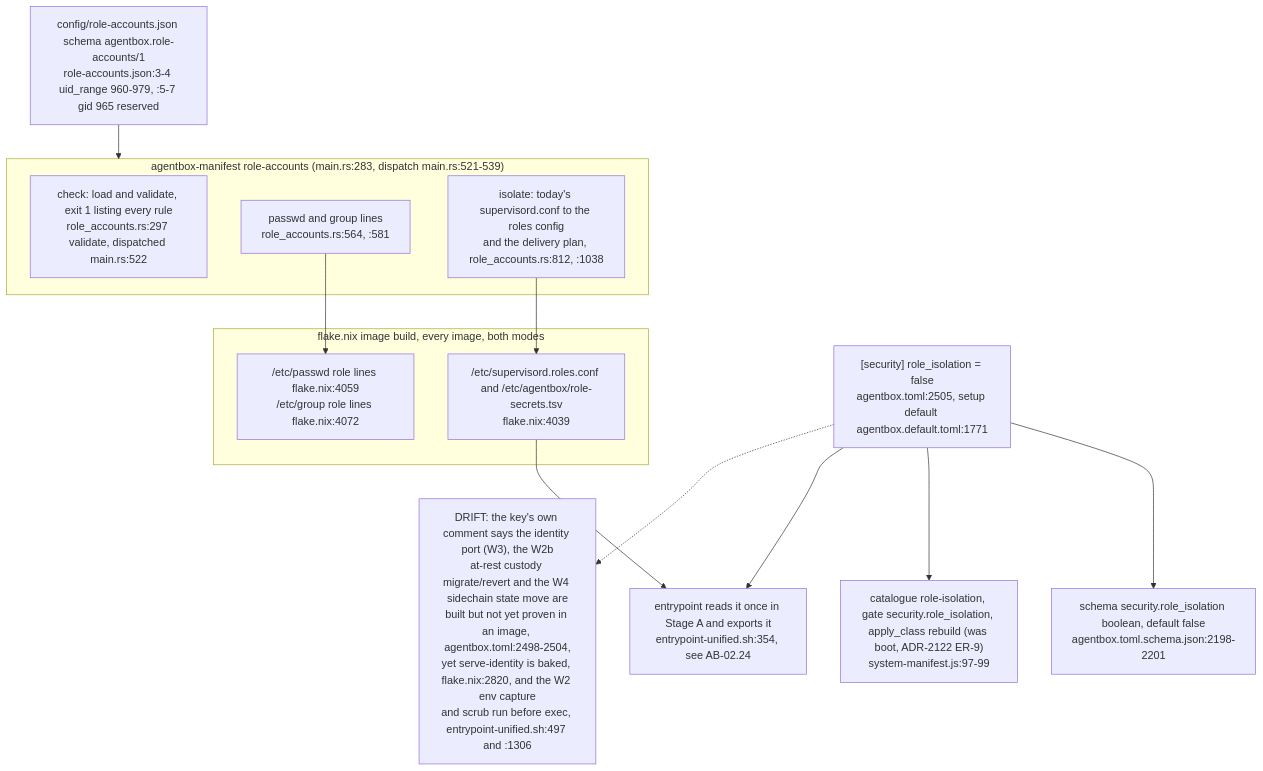
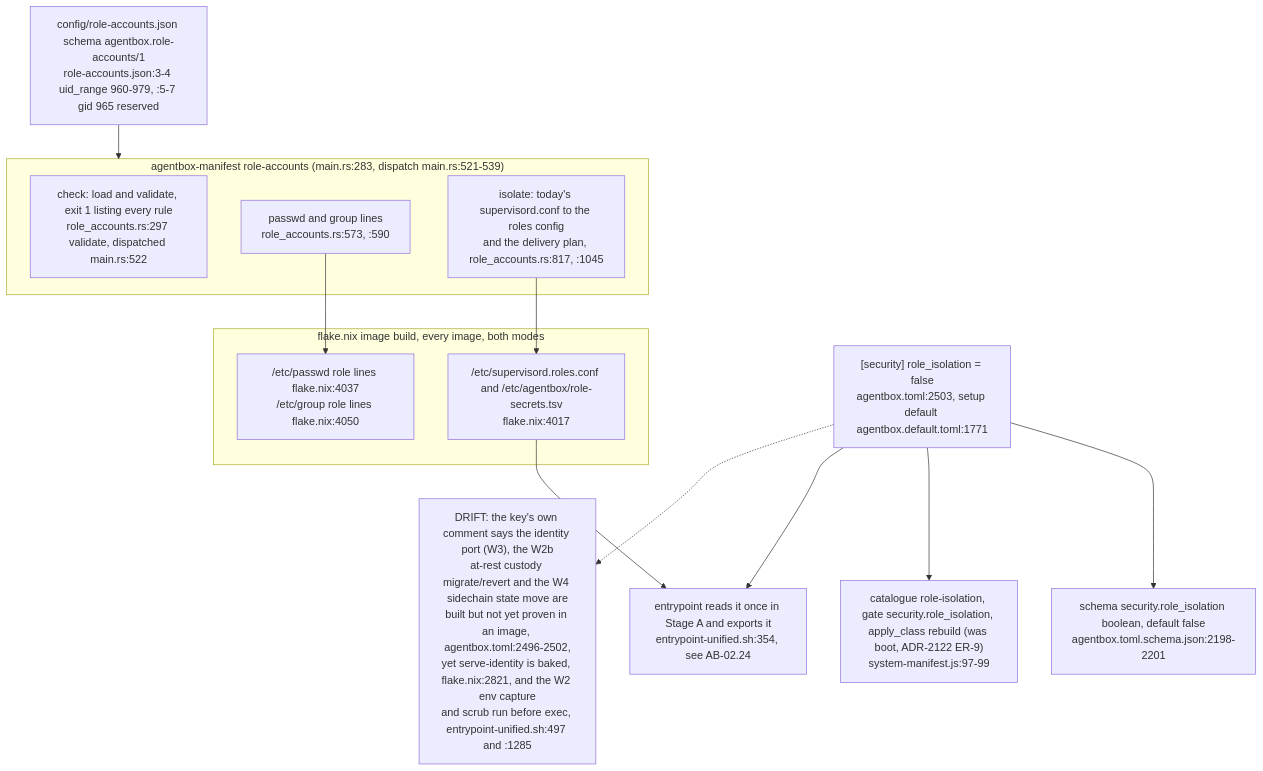
One commit to DreamLab-AI/VisionFlow changed diagram 15 of 16 in docs/diagrams/agentbox/05-manifest-gates-and-cli.md. Above: the diagram before and after it, drawn with Mermaid. The commit also changed other lines of this file and 145 other files, not shown here.

````diff
--- a/docs/diagrams/agentbox/05-manifest-gates-and-cli.md
+++ b/docs/diagrams/agentbox/05-manifest-gates-and-cli.md
@@ -534,25 +547,25 @@
 ```mermaid
 flowchart TB
-    KEY["[security] role_isolation = false<br/>agentbox.toml:2505, setup default agentbox.default.toml:1771"]
+    KEY["[security] role_isolation = false<br/>agentbox.toml:2503, setup default agentbox.default.toml:1771"]
     SCH["schema security.role_isolation boolean, default false<br/>agentbox.toml.schema.json:2198-2201"]
     CATE["catalogue role-isolation, gate security.role_isolation, apply_class rebuild (was boot, ADR-2122 ER-9)<br/>system-manifest.js:97-99"]
     TBL["config/role-accounts.json schema agentbox.role-accounts/1<br/>role-accounts.json:3-4 uid_range 960-979, :5-7 gid 965 reserved"]
     subgraph CLI["agentbox-manifest role-accounts (main.rs:283, dispatch main.rs:521-539)"]
         CHK["check: load and validate, exit 1 listing every rule<br/>role_accounts.rs:297 validate, dispatched main.rs:522"]
-        PW["passwd and group lines<br/>role_accounts.rs:564, :581"]
-        ISO["isolate: today's supervisord.conf to the roles config<br/>and the delivery plan, role_accounts.rs:812, :1038"]
+        PW["passwd and group lines<br/>role_accounts.rs:573, :590"]
+        ISO["isolate: today's supervisord.conf to the roles config<br/>and the delivery plan, role_accounts.rs:817, :1045"]
     end
     subgraph BUILD["flake.nix image build, every image, both modes"]
-        B1["/etc/supervisord.roles.conf and /etc/agentbox/role-secrets.tsv<br/>flake.nix:4039"]
-        B2["/etc/passwd role lines flake.nix:4059<br/>/etc/group role lines flake.nix:4072"]
+        B1["/etc/supervisord.roles.conf and /etc/agentbox/role-secrets.tsv<br/>flake.nix:4017"]
+        B2["/etc/passwd role lines flake.nix:4037<br/>/etc/group role lines flake.nix:4050"]
     end
     BOOT["entrypoint reads it once in Stage A and exports it<br/>entrypoint-unified.sh:354, see AB-02.24"]
     KEY --> SCH
     KEY --> CATE
     KEY --> BOOT
     TBL --> CLI
     PW --> B2
     ISO --> B1
     B1 --> BOOT
-    KEY -.-> DRIFT["DRIFT: the key's own comment says the identity port (W3), the W2b<br/>at-rest custody migrate/revert and the W4 sidechain state move are<br/>built but not yet proven in an image, agentbox.toml:2498-2504,<br/>yet serve-identity is baked, flake.nix:2820, and the W2 env capture<br/>and scrub run before exec, entrypoint-unified.sh:497 and :1306"]
+    KEY -.-> DRIFT["DRIFT: the key's own comment says the identity port (W3), the W2b<br/>at-rest custody migrate/revert and the W4 sidechain state move are<br/>built but not yet proven in an image, agentbox.toml:2496-2502,<br/>yet serve-identity is baked, flake.nix:2821, and the W2 env capture<br/>and scrub run before exec, entrypoint-unified.sh:497 and :1285"]
 ```
````
